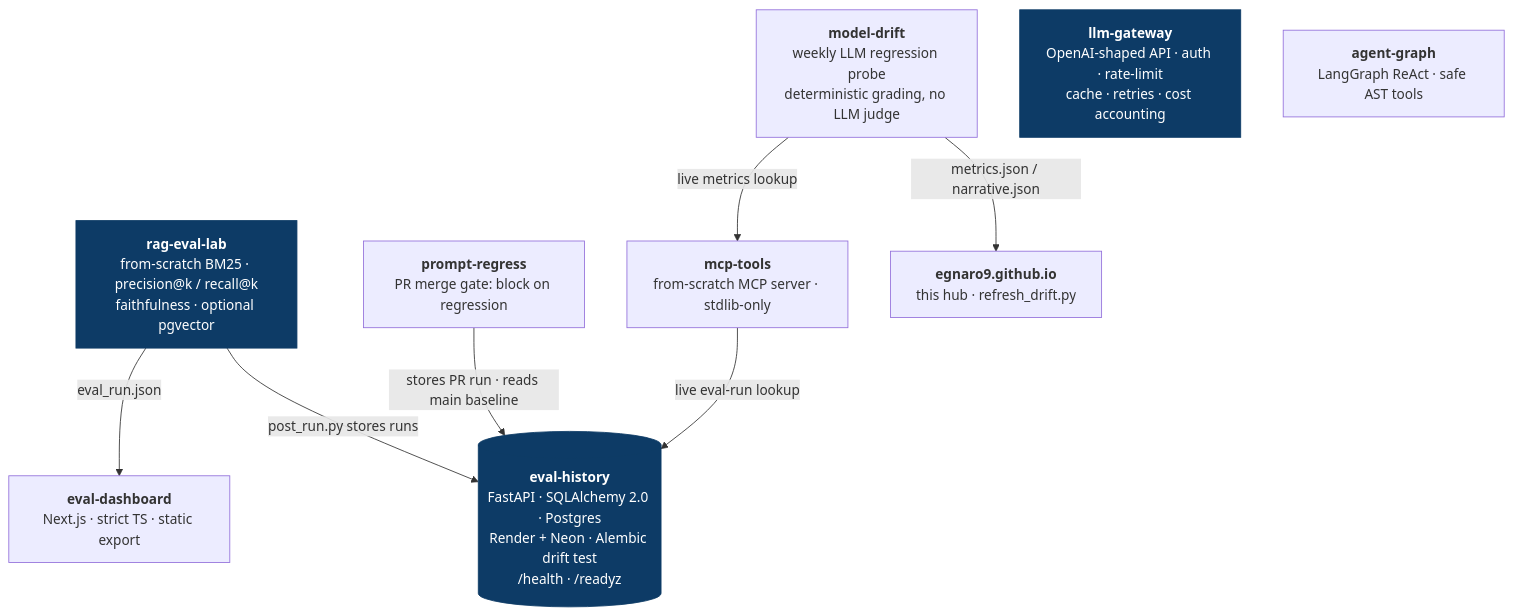
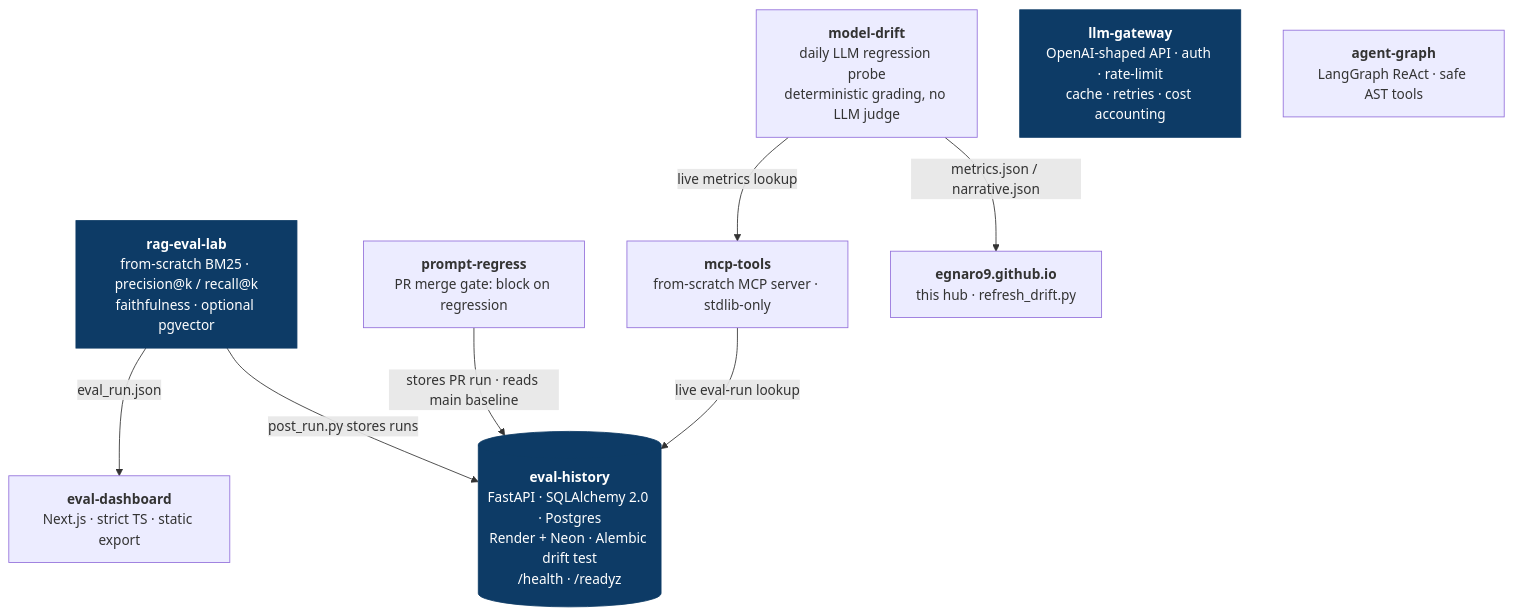
Before and after one commit to egnaro9/egnaro9.github.io: the diagram in README.md, drawn with Mermaid. The commit also changed other lines of this file and 1 other file, not shown here.

````diff
--- a/README.md
+++ b/README.md
@@ -19,22 +19,22 @@
 ```mermaid
 flowchart TD
-    MD["<b>model-drift</b><br/>weekly LLM regression probe<br/>deterministic grading, no LLM judge"]
+    MD["<b>model-drift</b><br/>daily LLM regression probe<br/>deterministic grading, no LLM judge"]
     EH[("<b>eval-history</b><br/>FastAPI · SQLAlchemy 2.0 · Postgres<br/>Render + Neon · Alembic drift test<br/>/health · /readyz")]
     GW["<b>llm-gateway</b><br/>OpenAI-shaped API · auth · rate-limit<br/>cache · retries · cost accounting"]
     REL["<b>rag-eval-lab</b><br/>from-scratch BM25 · precision@k / recall@k<br/>faithfulness · optional pgvector"]
     DASH["<b>eval-dashboard</b><br/>Next.js · strict TS · static export"]
     PR["<b>prompt-regress</b><br/>PR merge gate: block on regression"]
     AG["<b>agent-graph</b><br/>LangGraph ReAct · safe AST tools"]
     MCP["<b>mcp-tools</b><br/>from-scratch MCP server · stdlib-only"]
     HUB["<b>egnaro9.github.io</b><br/>this hub · refresh_drift.py"]
 
     MD -->|metrics.json / narrative.json| HUB
     MD -->|live metrics lookup| MCP
     REL -->|post_run.py stores runs| EH
     PR -->|stores PR run · reads main baseline| EH
     MCP -->|live eval-run lookup| EH
     REL -->|eval_run.json| DASH
 
     classDef svc fill:#0d3b66,stroke:#0d3b66,color:#fff;
     class EH,GW,REL svc;
 ```
````
